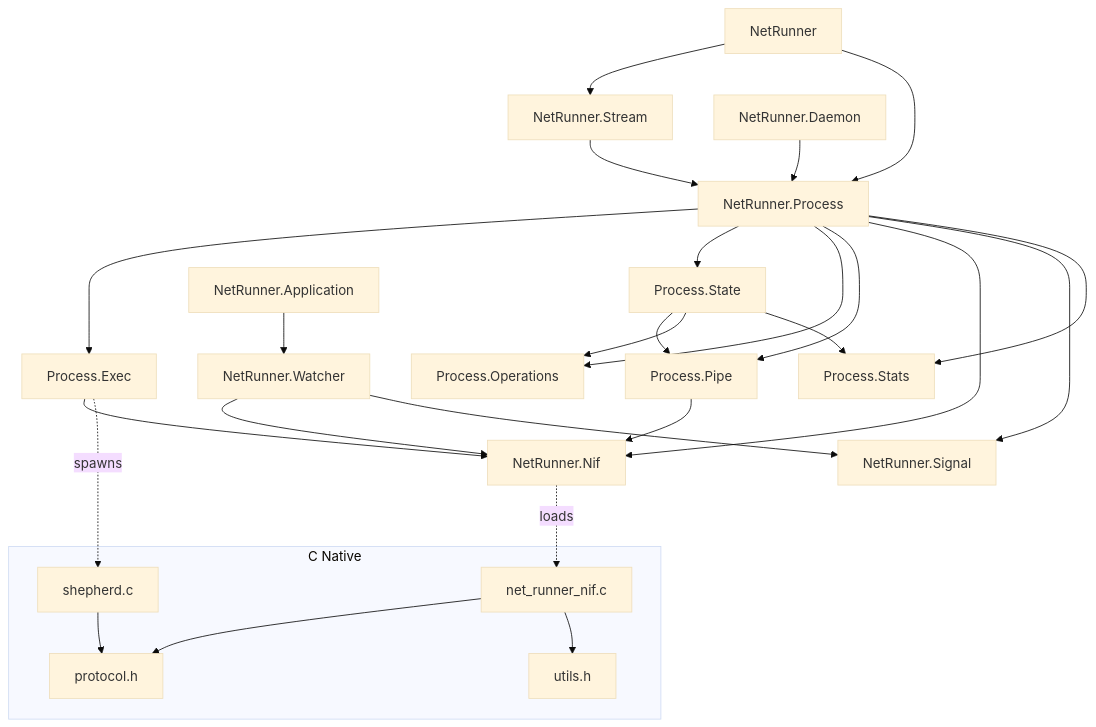
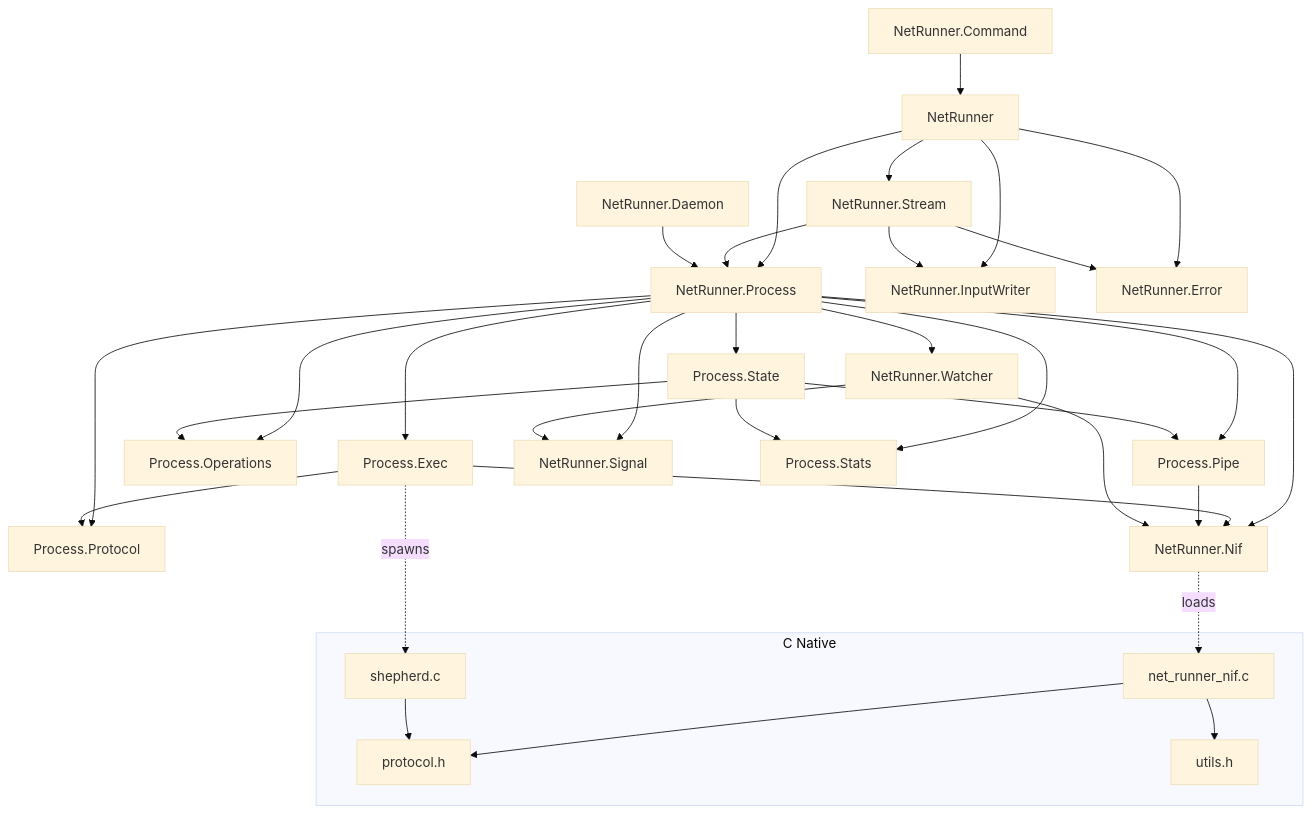
The diagram in docs/modules.md (nyo16/net_runner), drawn with Mermaid (base theme) before and after one commit. The commit also changed other lines of this file and 13 other files, not shown here.

````diff
--- a/docs/modules.md
+++ b/docs/modules.md
@@ -3,35 +3,42 @@
 ```mermaid
 graph TD
     NR[NetRunner] --> S[NetRunner.Stream]
     NR --> P[NetRunner.Process]
+    NR --> IW[NetRunner.InputWriter]
+    NR --> ERR[NetRunner.Error]
     S --> P
+    S --> IW
+    S --> ERR
+    CMD[NetRunner.Command] --> NR
     P --> EX[Process.Exec]
     P --> ST[Process.State]
     P --> OP[Process.Operations]
     P --> PI[Process.Pipe]
+    P --> PR[Process.Protocol]
     P --> NI[NetRunner.Nif]
     P --> SIG[NetRunner.Signal]
     P --> STATS[Process.Stats]
+    P --> W[NetRunner.Watcher]
+    EX --> PR
     EX --> NI
     PI --> NI
     ST --> PI
     ST --> OP
     ST --> STATS
-    W[NetRunner.Watcher] --> NI
+    W --> NI
     W --> SIG
-    APP[NetRunner.Application] --> W
     D[NetRunner.Daemon] --> P
 
     subgraph "C Native"
         SH[shepherd.c]
         NIFC[net_runner_nif.c]
         PROTO[protocol.h]
         UTIL[utils.h]
     end
 
     NI -.->|loads| NIFC
     EX -.->|spawns| SH
     NIFC --> PROTO
     NIFC --> UTIL
     SH --> PROTO
 ```
````
